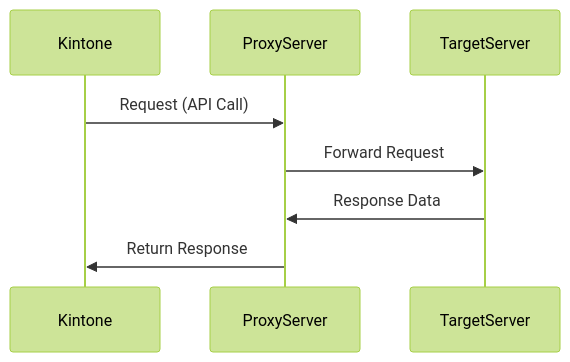
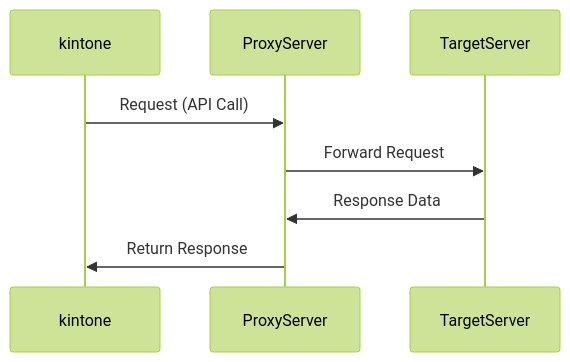
The diagram in slides.md (daniel003051/kintone-tutorial), drawn with Mermaid (forest theme) before and after one commit. The commit also changed other lines of this file and 2 other files, not shown here.

````diff
--- a/slides.md
+++ b/slides.md
@@ -251,11 +248,11 @@
 ```mermaid
 sequenceDiagram
-    participant Kintone
+    participant kintone
     participant ProxyServer
     participant TargetServer
 
-    Kintone ->> ProxyServer: Request (API Call)
+    kintone ->> ProxyServer: Request (API Call)
     ProxyServer ->> TargetServer: Forward Request
     TargetServer ->> ProxyServer: Response Data
-    ProxyServer ->> Kintone: Return Response
+    ProxyServer ->> kintone: Return Response
 ```
````
